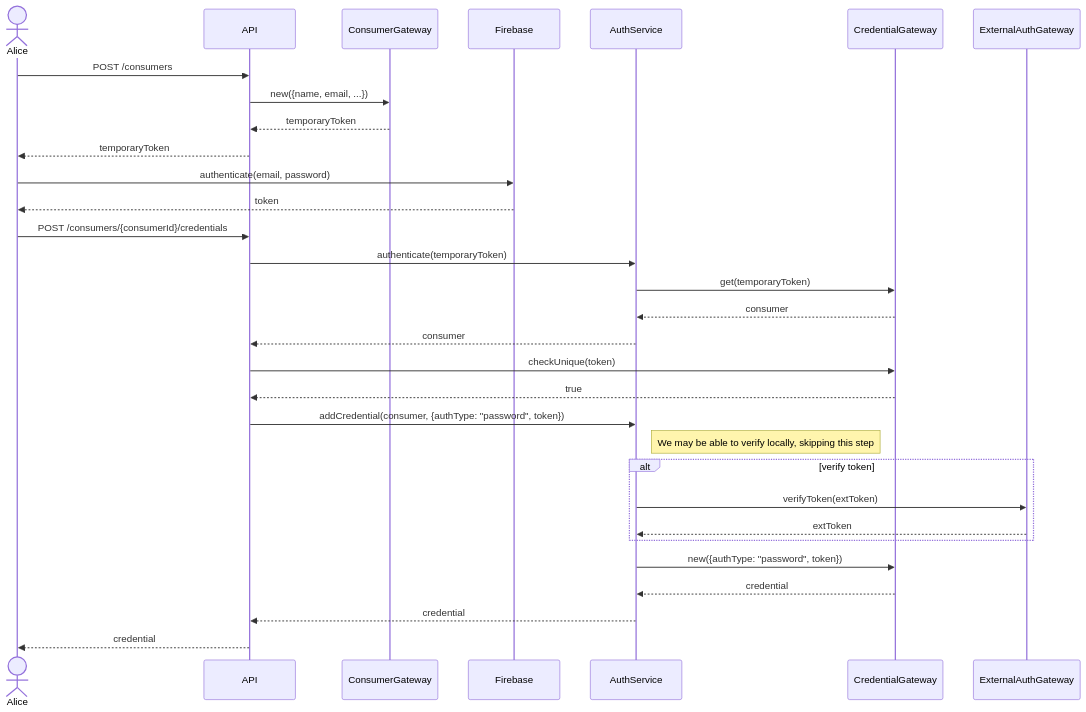
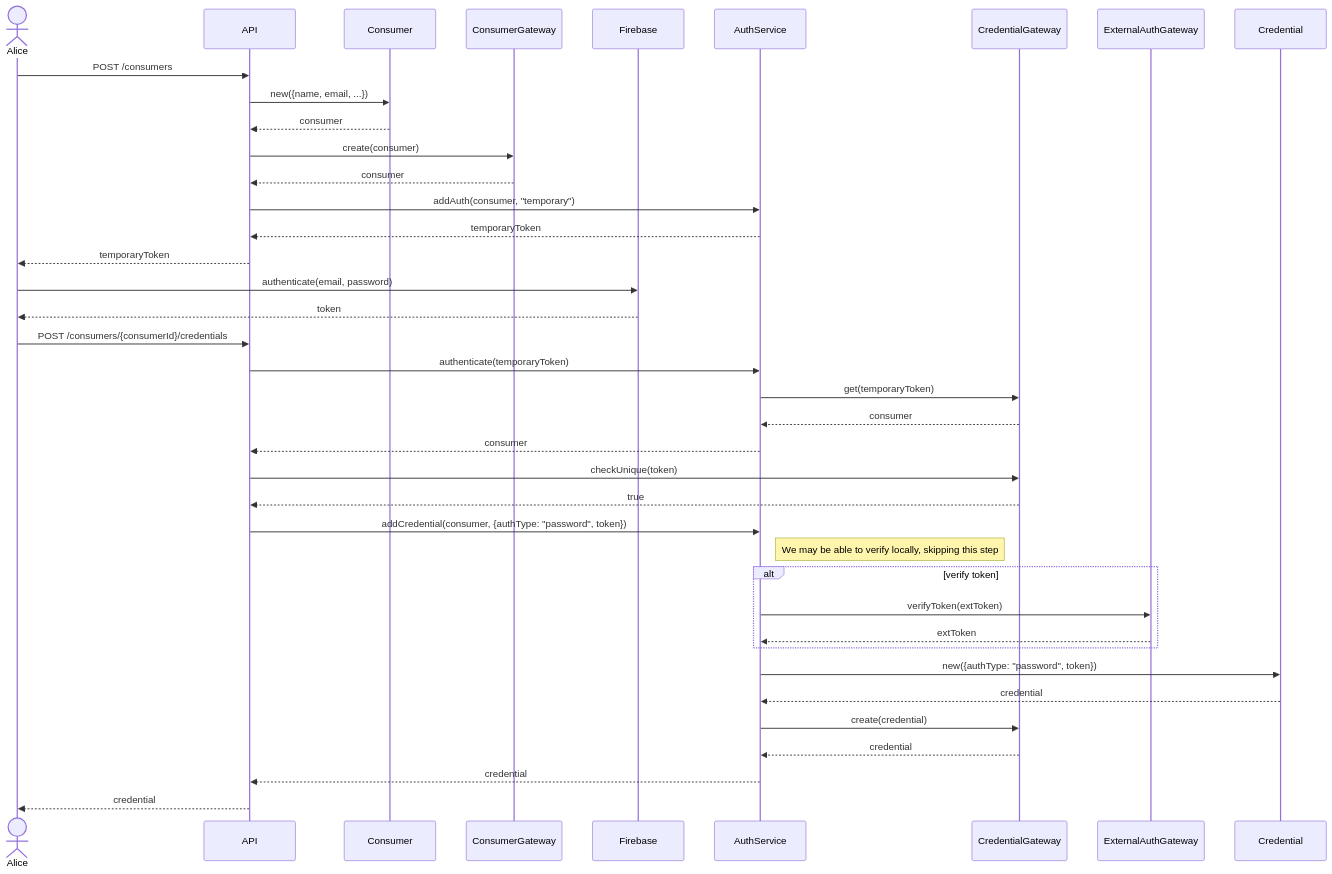
Before and after one commit to hivetown/planning: the seventh of 32 diagrams in sequence.md, drawn with Mermaid. The commit also changed other lines of this file, not shown here.

````diff
--- a/sequence.md
+++ b/sequence.md
@@ -190,40 +190,51 @@
 ```mermaid
 sequenceDiagram
     actor A as Alice
     participant API
+    participant C as Consumer
     participant CG as ConsumerGateway
     participant F as Firebase
     participant Au as AuthService
     participant CredG as CredentialGateway
     participant EAu as ExternalAuthGateway
+    participant Cred as Credential
 
     A ->> API: POST /consumers
-    API ->> CG: new({name, email, ...})
-    CG -->> API: temporaryToken
+
+    API ->> C: new({name, email, ...})
+    C -->> API: consumer
+
+    API ->> CG: create(consumer)
+    CG -->> API: consumer
+
+    API ->> Au: addAuth(consumer, "temporary")
+    Au -->> API: temporaryToken
     API -->> A: temporaryToken
 
     A ->> F: authenticate(email, password)
     F -->> A: token
 
     A ->> API: POST /consumers/{consumerId}/credentials
     API ->> Au: authenticate(temporaryToken)
     Au ->> CredG: get(temporaryToken)
     CredG -->> Au: consumer
     Au -->> API: consumer
 
     API ->> CredG: checkUnique(token)
     CredG -->> API: true
 
     API ->> Au: addCredential(consumer, {authType: "password", token})
 
     Note right of Au: We may be able to verify locally, skipping this step
     alt verify token
         Au ->> EAu: verifyToken(extToken)
         EAu -->> Au: extToken
     end
 
-    Au ->> CredG: new({authType: "password", token})
+    Au ->> Cred: new({authType: "password", token})
+    Cred -->> Au: credential
+    Au ->> CredG: create(credential)
     CredG -->> Au: credential
     Au -->> API: credential
     API -->> A: credential
 ```
````
